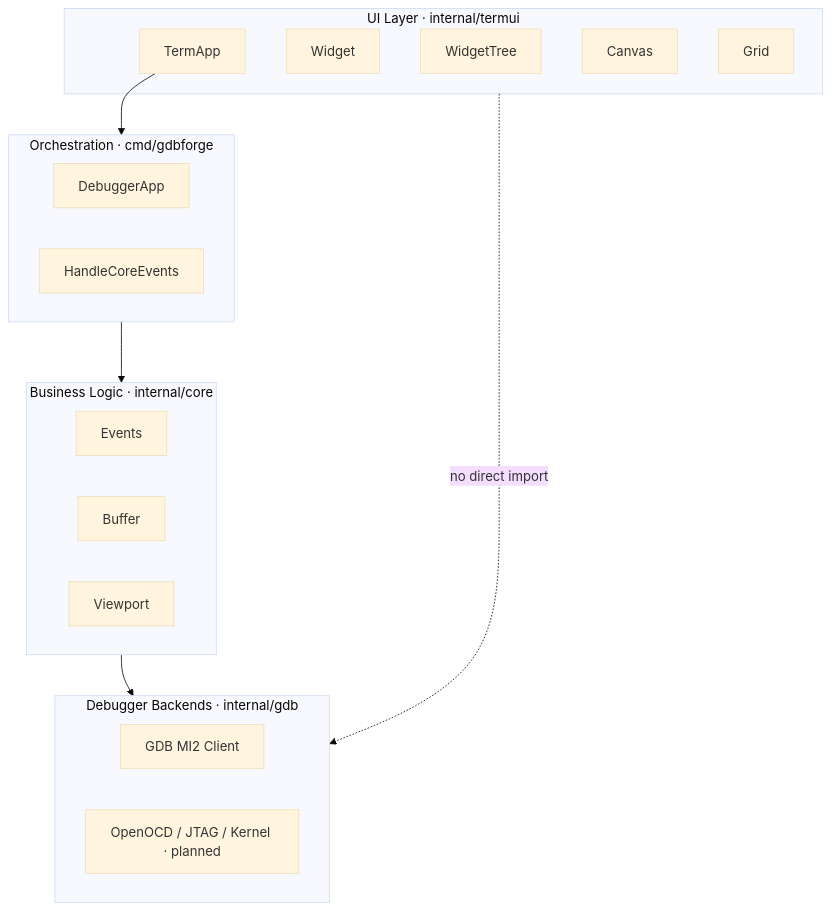
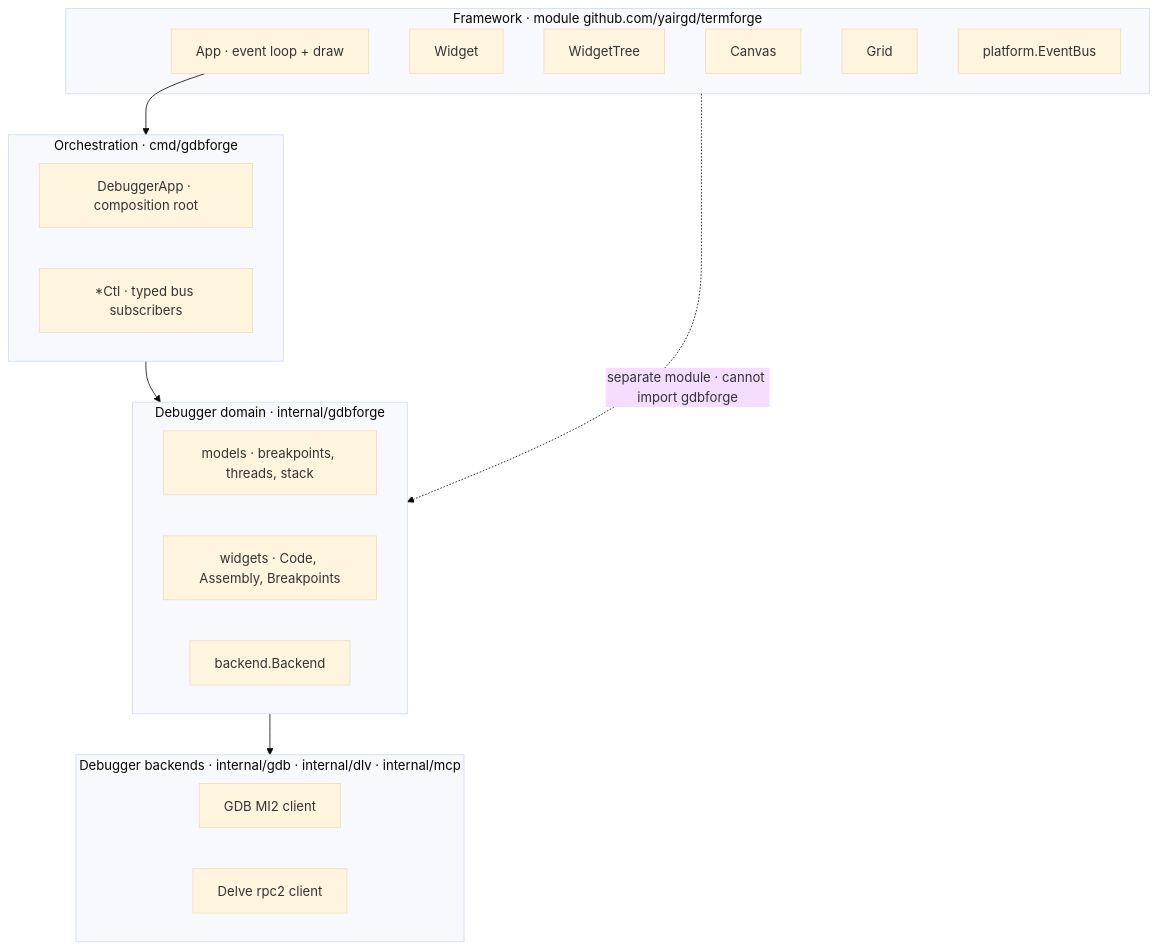
Before and after one commit to yairgd/gdbforge: the diagram in docs/diagrams/module_boundaries.mermaid, drawn with Mermaid (base theme). The commit also changed 18 other files, not shown here.

First line of the commit message:
docs: retire the internal/termui vocabulary and describe the termforge split

```diff
--- a/docs/diagrams/module_boundaries.mermaid
+++ b/docs/diagrams/module_boundaries.mermaid
@@ -1,29 +1,30 @@
 flowchart TB
-    subgraph UI["UI Layer · internal/termui"]
-        TermApp
+    subgraph TF["Framework · module github.com/yairgd/termforge"]
+        App["App · event loop + draw"]
         Widget
         WidgetTree
         Canvas
         Grid
+        Bus["platform.EventBus"]
     end
 
-    subgraph App["Orchestration · cmd/gdbforge"]
-        DebuggerApp["DebuggerApp"]
-        HandleCore["HandleCoreEvents"]
+    subgraph Shell["Orchestration · cmd/gdbforge"]
+        DebuggerApp["DebuggerApp · composition root"]
+        Ctls["*Ctl · typed bus subscribers"]
     end
 
-    subgraph Core["Business Logic · internal/core"]
-        Events
-        Buffer
-        Viewport
+    subgraph Domain["Debugger domain · internal/gdbforge"]
+        Models["models · breakpoints, threads, stack"]
+        Panes["widgets · Code, Assembly, Breakpoints"]
+        Backend["backend.Backend"]
     end
 
-    subgraph Backends["Debugger Backends · internal/gdb"]
-        GDB_MI["GDB MI2 Client"]
-        Future["OpenOCD / JTAG / Kernel · planned"]
+    subgraph Backends["Debugger backends · internal/gdb · internal/dlv · internal/mcp"]
+        GDB_MI["GDB MI2 client"]
+        DLV["Delve rpc2 client"]
     end
 
-    TermApp --> App
-    App --> Core
-    Core --> Backends
-    UI -.->|"no direct import"| Backends
+    App --> Shell
+    Shell --> Domain
+    Domain --> Backends
+    TF -.->|"separate module · cannot import gdbforge"| Domain
```
